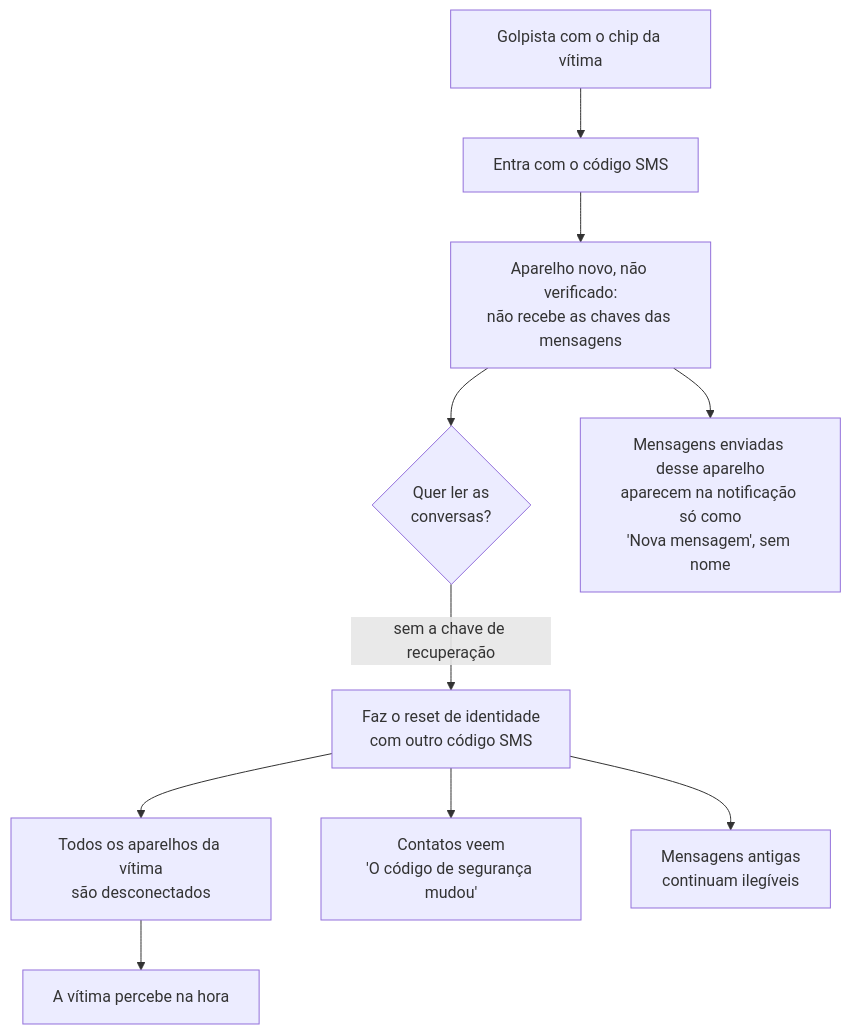
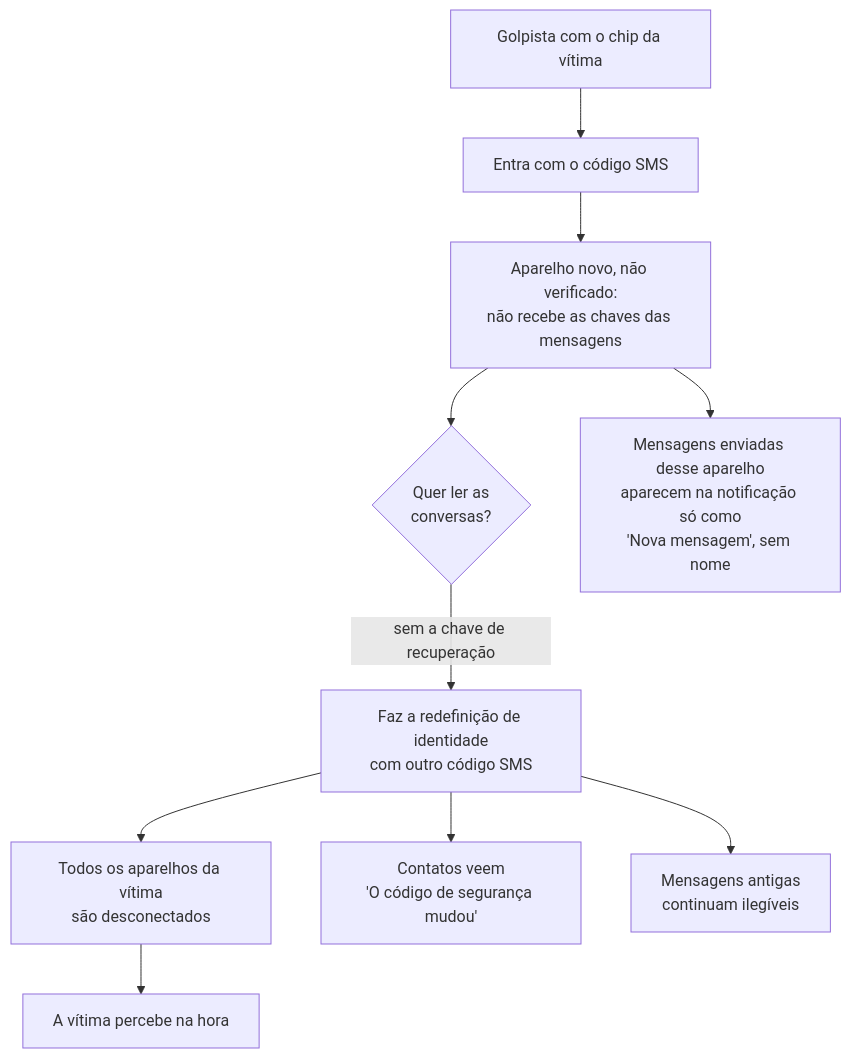
Before and after one commit to kaiomp/alo: the second of 2 diagrams in docs/seguranca-e-privacidade.md, drawn with Mermaid. The commit also changed other lines of this file and 8 other files, not shown here.

````diff
--- a/docs/seguranca-e-privacidade.md
+++ b/docs/seguranca-e-privacidade.md
@@ -121,12 +121,12 @@
 ```mermaid
 flowchart TD
     g["Golpista com o chip da vítima"] --> sms["Entra com o código SMS"]
     sms --> nokeys["Aparelho novo, não verificado:<br/>não recebe as chaves das mensagens"]
     nokeys --> read{"Quer ler as<br/>conversas?"}
-    read -- "sem a chave de recuperação" --> reset["Faz o reset de identidade<br/>com outro código SMS"]
+    read -- "sem a chave de recuperação" --> reset["Faz a redefinição de identidade<br/>com outro código SMS"]
     reset --> out["Todos os aparelhos da vítima<br/>são desconectados"]
     reset --> notice["Contatos veem<br/>'O código de segurança mudou'"]
     reset --> old["Mensagens antigas<br/>continuam ilegíveis"]
     out --> owner["A vítima percebe na hora"]
     nokeys --> notif["Mensagens enviadas desse aparelho<br/>aparecem na notificação só como<br/>'Nova mensagem', sem nome"]
 ```
````
